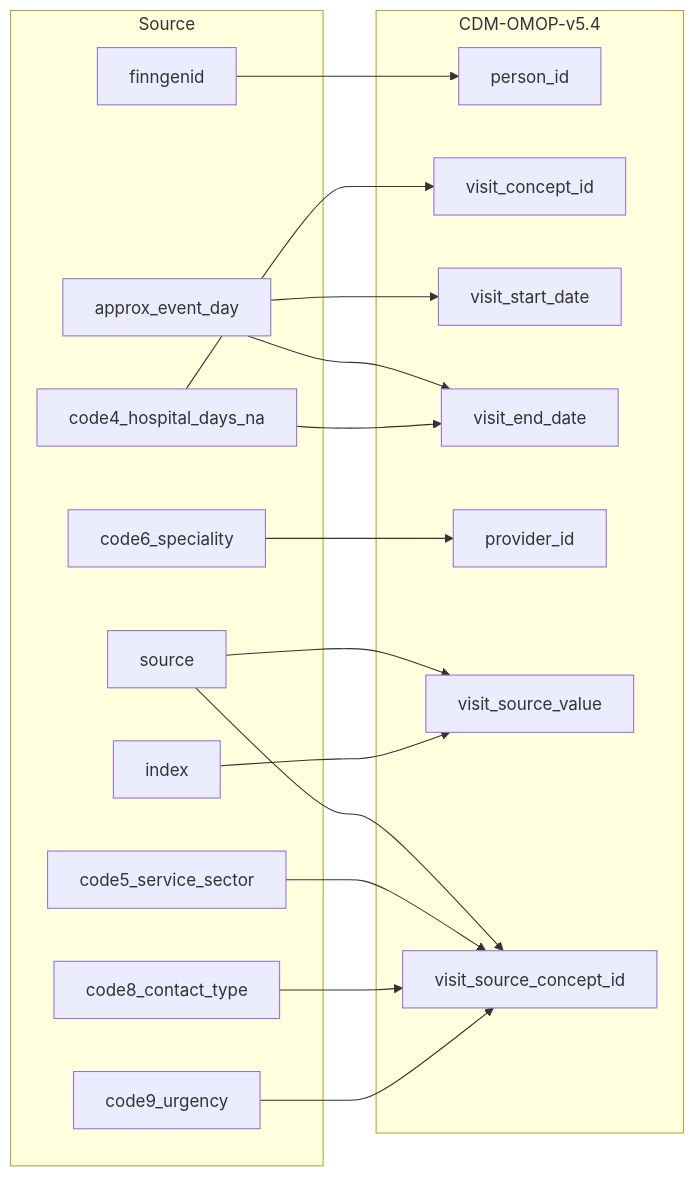
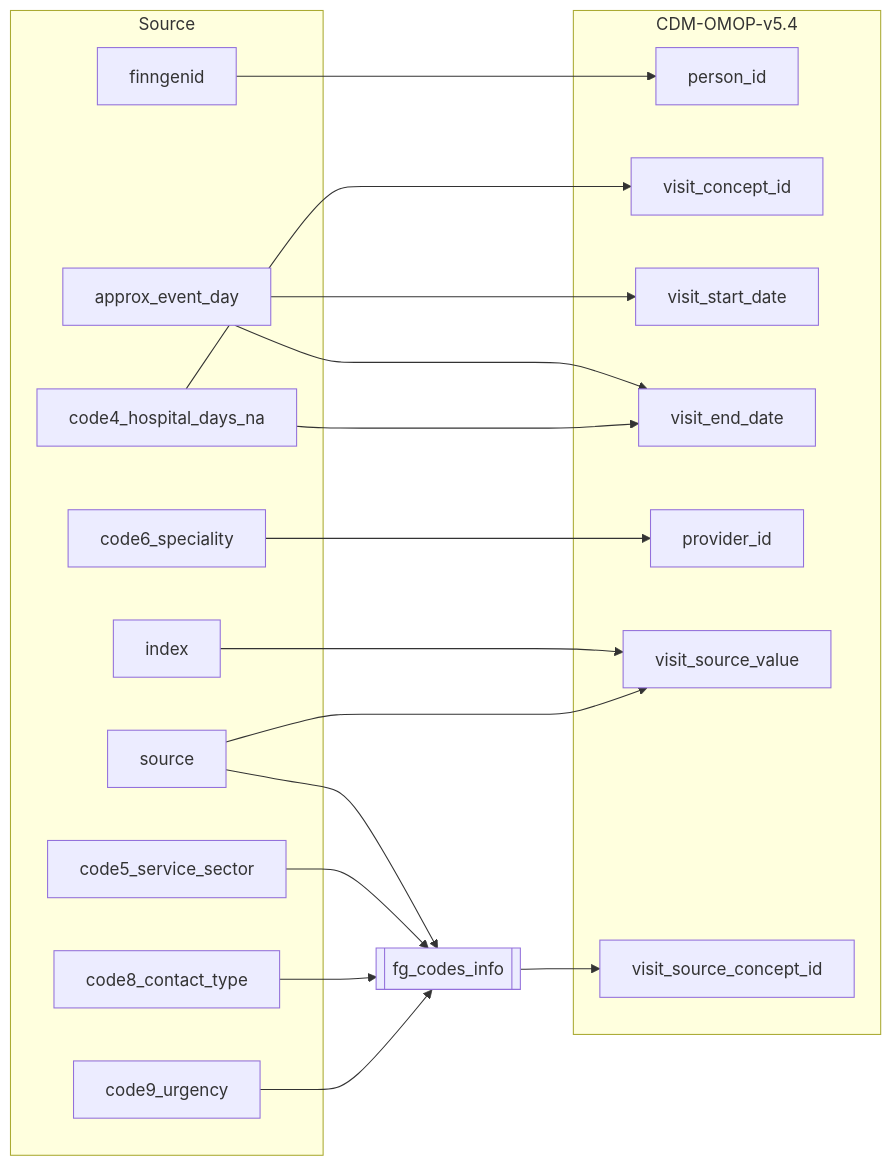
One commit to FINNGEN/ETL changed the second of 6 diagrams in 2_etl_specifications/documentation/visit_occurrence.md. Above: the diagram before and after it, drawn with Mermaid. The commit also changed other lines of this file and 3 other files, not shown here.

````diff
--- a/2_etl_specifications/documentation/visit_occurrence.md
+++ b/2_etl_specifications/documentation/visit_occurrence.md
@@ -54,37 +56,42 @@
 ```mermaid
 flowchart LR
     subgraph Source
         finngenid
-        source
         approx_event_day
         code4_hospital_days_na
         code5_service_sector
         code6_speciality
         code8_contact_type
         code9_urgency
         index
+        source
     end
+
+    fg_codes_info[[fg_codes_info]]
 
     subgraph CDM-OMOP-v5.4
         person_id
         visit_concept_id
         visit_start_date
         visit_end_date
         provider_id
         visit_source_value
         visit_source_concept_id
     end
 
     finngenid-->person_id
-    source-->visit_source_value
-    source-->visit_source_concept_id
     approx_event_day-->visit_start_date
     approx_event_day-->visit_end_date
     code4_hospital_days_na-->visit_concept_id
     code4_hospital_days_na-->visit_end_date
     index-->visit_source_value
+    source-->visit_source_value
     code6_speciality-->provider_id
-    code5_service_sector-->visit_source_concept_id
-    code8_contact_type-->visit_source_concept_id
-    code9_urgency-->visit_source_concept_id
+
+    source-->fg_codes_info
+    code5_service_sector-->fg_codes_info
+    code8_contact_type-->fg_codes_info
+    code9_urgency-->fg_codes_info
+
+    fg_codes_info-->visit_source_concept_id
 ```
````
